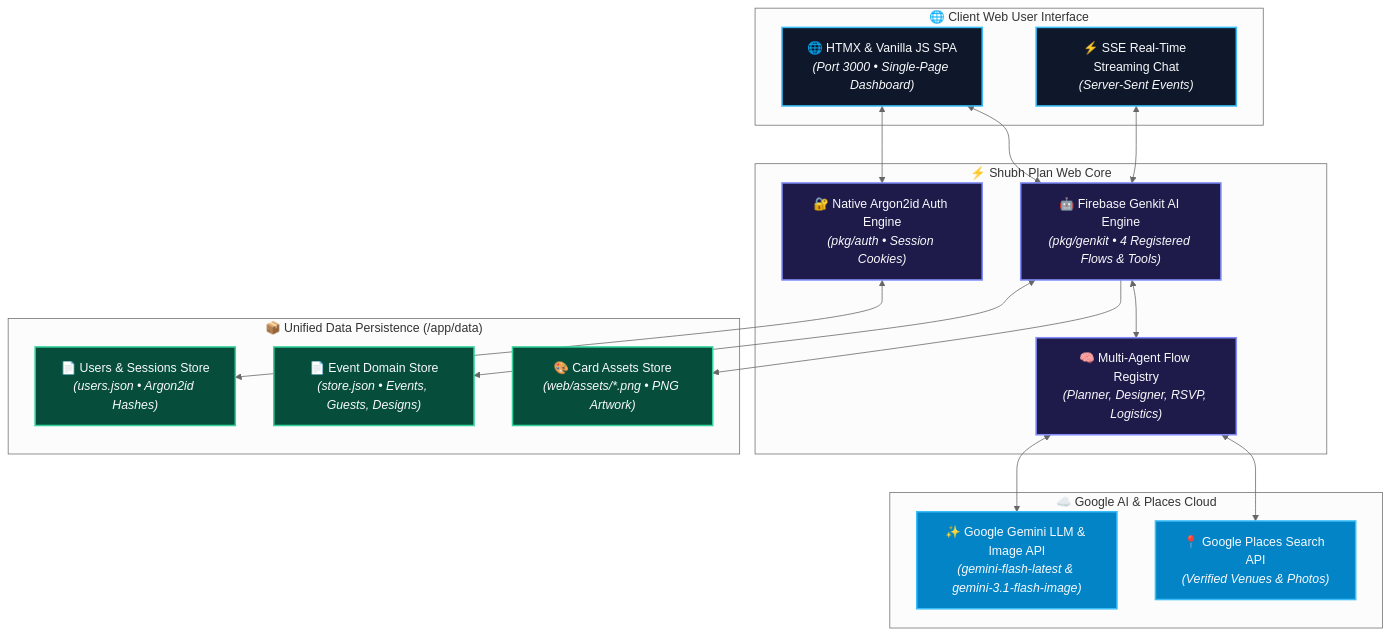
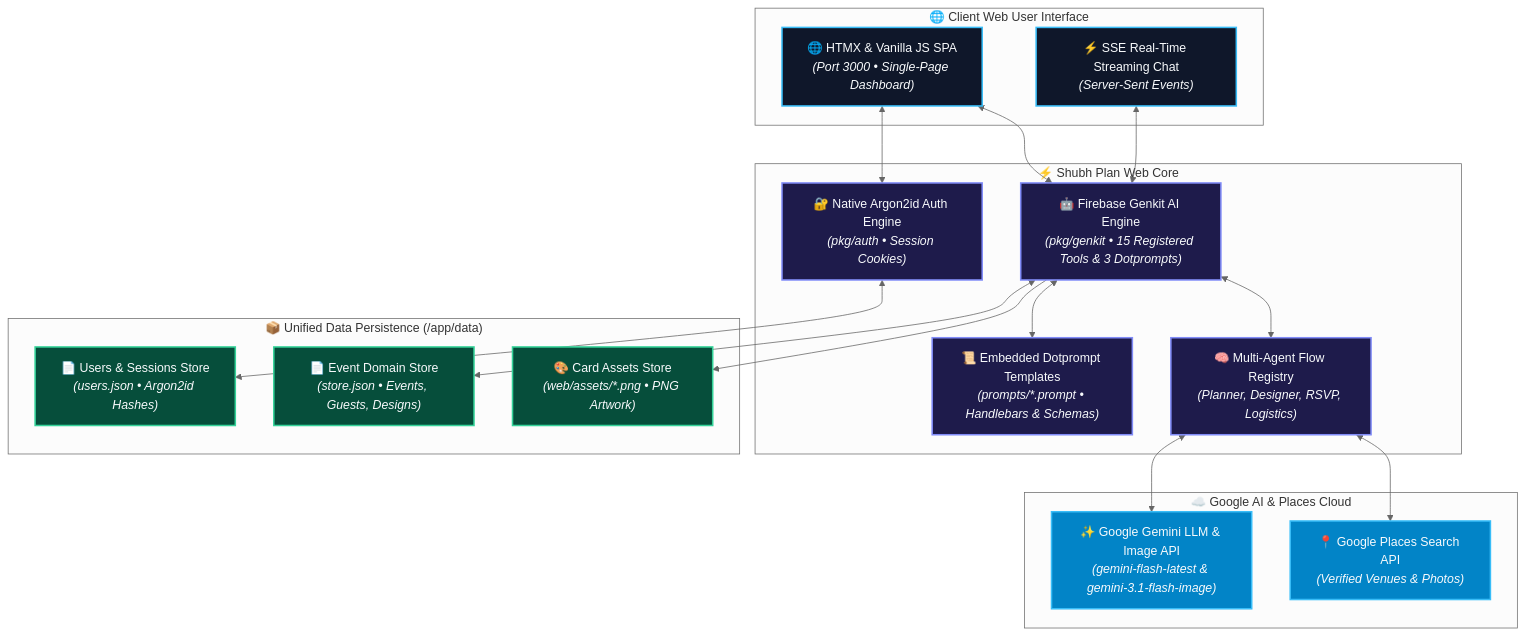
The diagram in README.md (Ekarna-Interactive/labs-shubhplan-ai), drawn with Mermaid (neutral theme) before and after one commit. The commit also changed other lines of this file and 9 other files, not shown here.

Commit message:
feat: implement Genkit tool definitions, prompt templates, and server infrastructure for AI-assisted event planning

````diff
--- a/README.md
+++ b/README.md
@@ -24,38 +24,40 @@
 ```mermaid
 graph TD
     classDef web fill:#0f172a,stroke:#38bdf8,stroke-width:2px,color:#f8fafc;
     classDef core fill:#1e1b4b,stroke:#818cf8,stroke-width:2px,color:#f8fafc;
     classDef cloud fill:#0284c7,stroke:#38bdf8,stroke-width:2px,color:#f8fafc;
     classDef store fill:#064e3b,stroke:#34d399,stroke-width:2px,color:#f8fafc;
 
     subgraph CLIENTS ["🌐 Client Web User Interface"]
         WEB["🌐 HTMX & Vanilla JS SPA<br/><i>(Port 3000 • Single-Page Dashboard)</i>"]:::web
         SSE["⚡ SSE Real-Time Streaming Chat<br/><i>(Server-Sent Events)</i>"]:::web
     end
 
     subgraph CORE ["⚡ Shubh Plan Web Core"]
         AUTH["🔐 Native Argon2id Auth Engine<br/><i>(pkg/auth • Session Cookies)</i>"]:::core
-        GENKIT["🤖 Firebase Genkit AI Engine<br/><i>(pkg/genkit • 4 Registered Flows & Tools)</i>"]:::core
+        GENKIT["🤖 Firebase Genkit AI Engine<br/><i>(pkg/genkit • 15 Registered Tools & 3 Dotprompts)</i>"]:::core
+        PROMPTS["📜 Embedded Dotprompt Templates<br/><i>(prompts/*.prompt • Handlebars & Schemas)</i>"]:::core
         AGENTS["🧠 Multi-Agent Flow Registry<br/><i>(Planner, Designer, RSVP, Logistics)</i>"]:::core
     end
 
     subgraph CLOUD ["☁️ Google AI & Places Cloud"]
         GEMINI["✨ Google Gemini LLM & Image API<br/><i>(gemini-flash-latest & gemini-3.1-flash-image)</i>"]:::cloud
         PLACES["📍 Google Places Search API<br/><i>(Verified Venues & Photos)</i>"]:::cloud
     end
     subgraph DATA ["📦 Unified Data Persistence (/app/data)"]
         USERDB["📄 Users & Sessions Store<br/><i>(users.json • Argon2id Hashes)</i>"]:::store
         STOREDB["📄 Event Domain Store<br/><i>(store.json • Events, Guests, Designs)</i>"]:::store
         ASSETS["🎨 Card Assets Store<br/><i>(web/assets/*.png • PNG Artwork)</i>"]:::store
     end
 
     WEB <--> AUTH
     WEB <--> GENKIT
     SSE <--> GENKIT
+    GENKIT <--> PROMPTS
     GENKIT <--> AGENTS
     AGENTS <--> GEMINI
     AGENTS <--> PLACES
     AUTH <--> USERDB
     GENKIT <--> STOREDB
     GENKIT --> ASSETS
 ```
````
